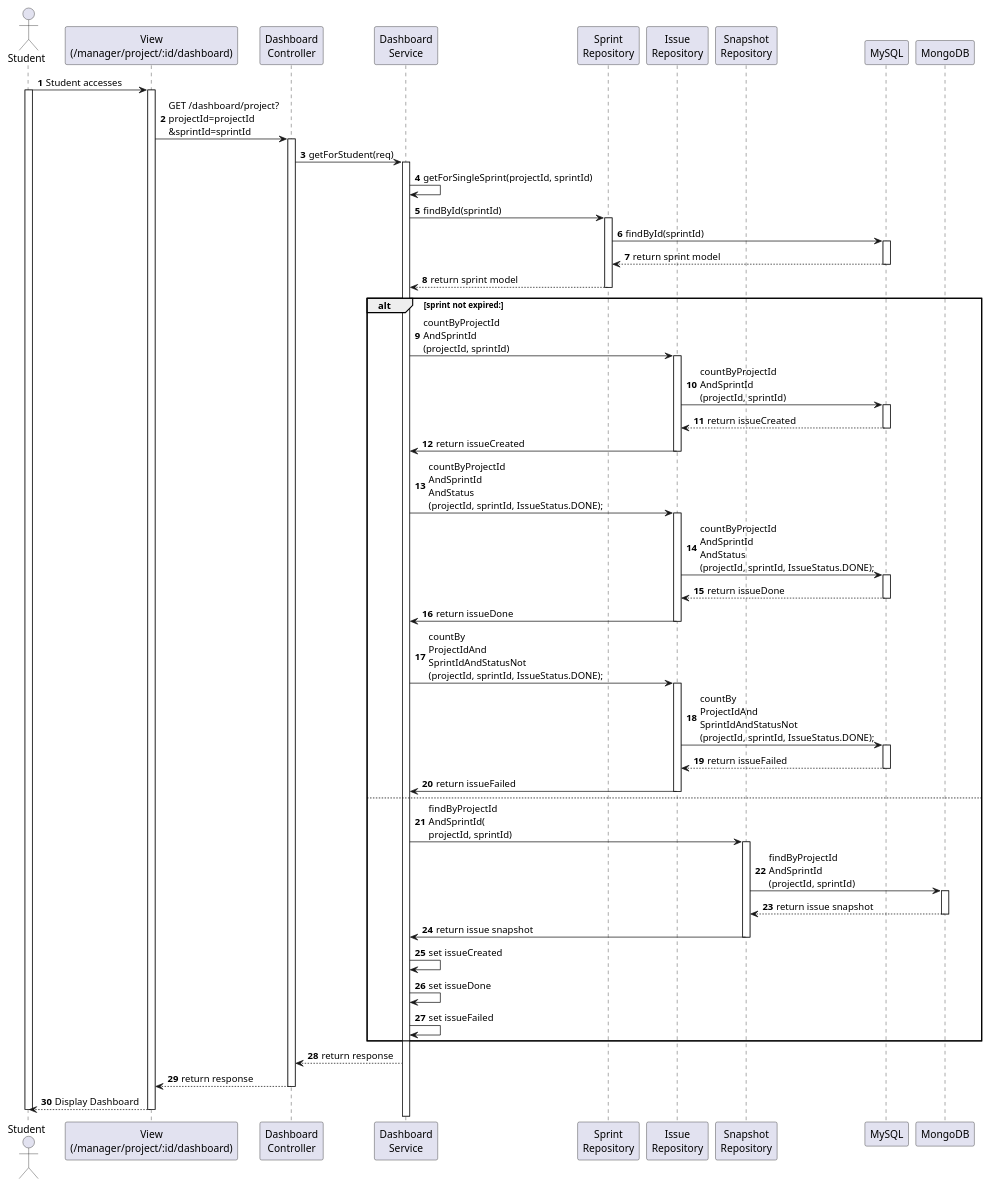
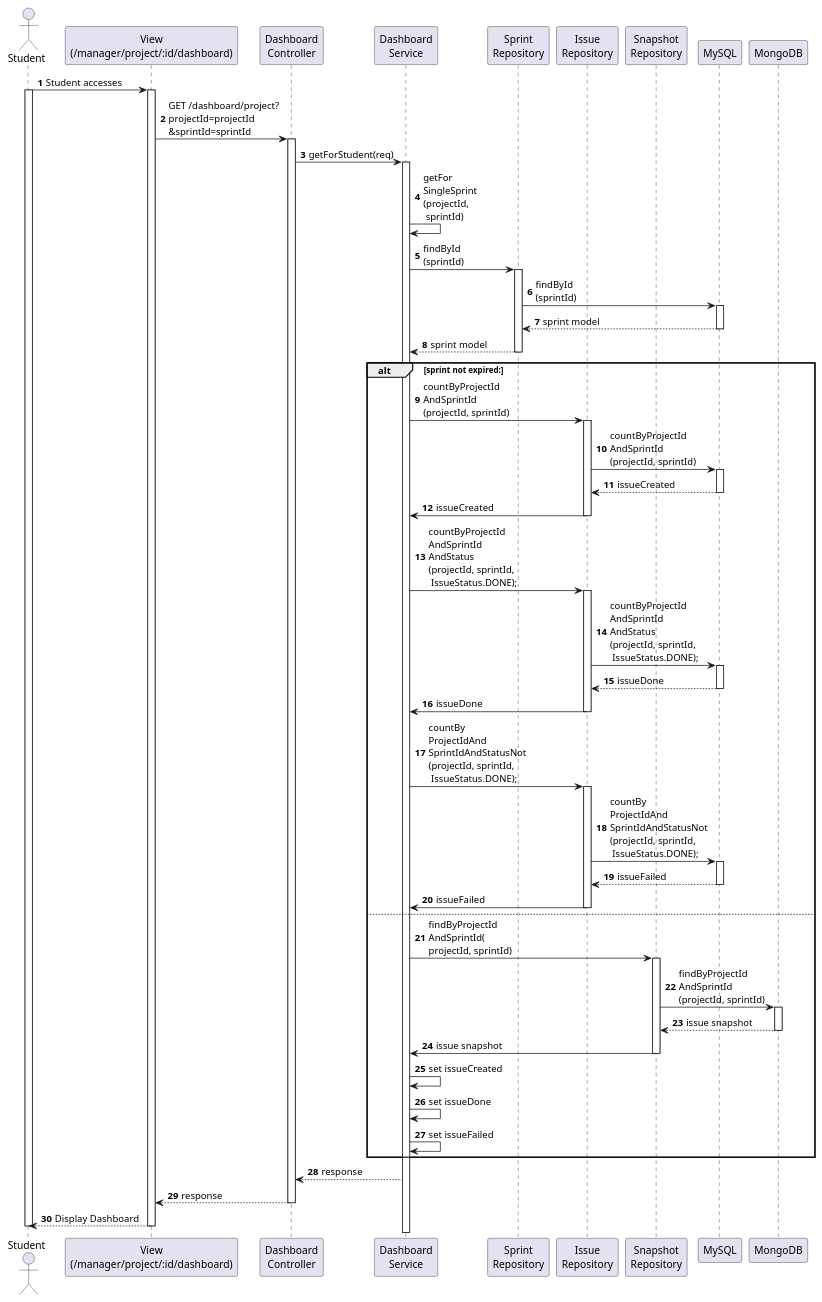
The diagram in swagger/sequence/student/project_view_dashboard.puml (tandang2003/KLTN-Agile-Scrum-Tuan-Duc), drawn with PlantUML before and after one commit. The commit also changed 29 other files, not shown here.

Commit message:
add sequence

```diff
--- a/swagger/sequence/student/project_view_dashboard.puml
+++ b/swagger/sequence/student/project_view_dashboard.puml
@@ -1,80 +1,80 @@
 @startuml
 autonumber
 
 actor Student as SV
 participant "View\n(/manager/project/:id/dashboard)" as View
 participant "Dashboard\nController" as Controller
 participant "Dashboard\nService" as Service
 participant "Sprint\nRepository" as SprintRepo
 participant "Issue\nRepository" as IssueRepo
 participant "Snapshot\nRepository" as SnapRepo
 participant "MySQL" as MySQL
 participant "MongoDB" as MongoDB
 SV -> View : Student accesses
 activate SV
 
 activate View
 View -> Controller : GET /dashboard/project?\nprojectId=projectId\n&sprintId=sprintId
 
 activate Controller
 Controller -> Service : getForStudent(req)
 
 activate Service
 
-Service -> Service: getForSingleSprint(projectId, sprintId)
-Service -> SprintRepo: findById(sprintId)
+Service -> Service: getFor\nSingleSprint\n(projectId, \n sprintId)
+Service -> SprintRepo: findById\n(sprintId)
 activate SprintRepo
-SprintRepo -> MySQL:  findById(sprintId)
+SprintRepo -> MySQL:  findById\n(sprintId)
 activate MySQL
-MySQL --> SprintRepo: return sprint model
+MySQL --> SprintRepo:  sprint model
 deactivate MySQL
-SprintRepo --> Service: return sprint model
+SprintRepo --> Service:  sprint model
 deactivate SprintRepo
 
 alt sprint not expired:
   Service -> IssueRepo: countByProjectId\nAndSprintId\n(projectId, sprintId)
   activate IssueRepo
   IssueRepo -> MySQL: countByProjectId\nAndSprintId\n(projectId, sprintId)
   activate MySQL
-  MySQL --> IssueRepo: return issueCreated
+  MySQL --> IssueRepo:  issueCreated
   deactivate MySQL
-  IssueRepo -> Service: return issueCreated
+  IssueRepo -> Service:  issueCreated
   deactivate IssueRepo
 
-  Service -> IssueRepo: countByProjectId\nAndSprintId\nAndStatus\n(projectId, sprintId, IssueStatus.DONE);
+  Service -> IssueRepo: countByProjectId\nAndSprintId\nAndStatus\n(projectId, sprintId, \n IssueStatus.DONE);
   activate IssueRepo
-  IssueRepo -> MySQL: countByProjectId\nAndSprintId\nAndStatus\n(projectId, sprintId, IssueStatus.DONE);
+  IssueRepo -> MySQL: countByProjectId\nAndSprintId\nAndStatus\n(projectId, sprintId, \n IssueStatus.DONE);
   activate MySQL
-  MySQL --> IssueRepo: return issueDone
+  MySQL --> IssueRepo:  issueDone
   deactivate MySQL
-  IssueRepo -> Service: return issueDone
+  IssueRepo -> Service:  issueDone
   deactivate IssueRepo
 
-  Service -> IssueRepo: countBy\nProjectIdAnd\nSprintIdAndStatusNot\n(projectId, sprintId, IssueStatus.DONE);
+  Service -> IssueRepo: countBy\nProjectIdAnd\nSprintIdAndStatusNot\n(projectId, sprintId,\n IssueStatus.DONE);
   activate IssueRepo
-  IssueRepo -> MySQL: countBy\nProjectIdAnd\nSprintIdAndStatusNot\n(projectId, sprintId, IssueStatus.DONE);
+  IssueRepo -> MySQL: countBy\nProjectIdAnd\nSprintIdAndStatusNot\n(projectId, sprintId, \n IssueStatus.DONE);
   activate MySQL
-  MySQL --> IssueRepo: return issueFailed
+  MySQL --> IssueRepo:  issueFailed
   deactivate MySQL
-  IssueRepo -> Service: return issueFailed
+  IssueRepo -> Service:  issueFailed
   deactivate IssueRepo
 else
   Service -> SnapRepo: findByProjectId\nAndSprintId(\nprojectId, sprintId)
   activate SnapRepo
   SnapRepo -> MongoDB: findByProjectId\nAndSprintId\n(projectId, sprintId)
   activate MongoDB
-  MongoDB --> SnapRepo: return issue snapshot
+  MongoDB --> SnapRepo:  issue snapshot
   deactivate MongoDB
-  SnapRepo -> Service: return issue snapshot
+  SnapRepo -> Service:  issue snapshot
   deactivate SnapRepo
   Service -> Service: set issueCreated
   Service -> Service: set issueDone
   Service -> Service: set issueFailed
 end
-Service --> Controller: return response
-Controller --> View: return response
+Service --> Controller:  response
+Controller --> View:  response
 deactivate Controller
 View --> SV: Display Dashboard
 deactivate View
 deactivate SV
 @enduml
```
